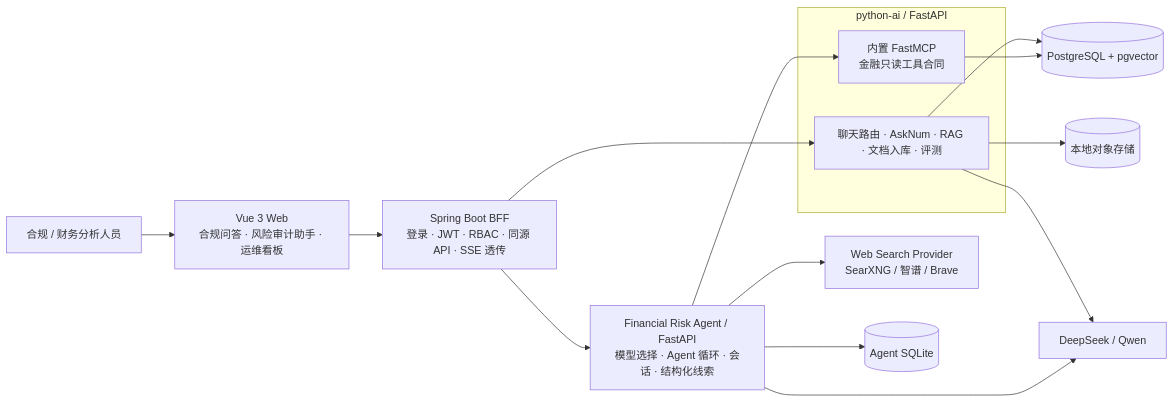
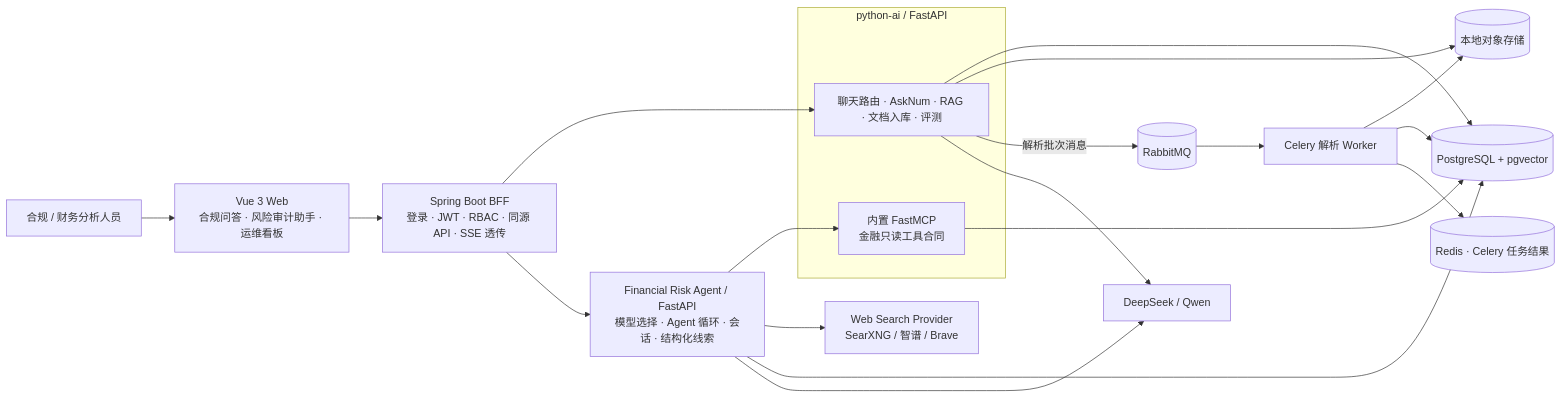
One commit to WWBQ/regops_copilot changed the first of 4 diagrams in docs/ARCHITECTURE.md. Above: the diagram before and after it, drawn with Mermaid. The commit also changed other lines of this file and 133 other files, not shown here.

````diff
--- a/docs/ARCHITECTURE.md
+++ b/docs/ARCHITECTURE.md
@@ -7,29 +7,36 @@
 ```mermaid
 flowchart LR
     USER[合规 / 财务分析人员]
     WEB[Vue 3 Web<br/>合规问答 · 风险审计助手 · 运维看板]
     JAVA[Spring Boot BFF<br/>登录 · JWT · RBAC · 同源 API · SSE 透传]
     subgraph PYAI[python-ai / FastAPI]
         PY[聊天路由 · AskNum · RAG · 文档入库 · 评测]
         MCP[内置 FastMCP<br/>金融只读工具合同]
     end
     AGENT[Financial Risk Agent / FastAPI<br/>模型选择 · Agent 循环 · 会话 · 结构化线索]
     SEARCH[Web Search Provider<br/>SearXNG / 智谱 / Brave]
     PG[(PostgreSQL + pgvector)]
-    SQLITE[(Agent SQLite)]
     OBJ[(本地对象存储)]
+    MQ[(RabbitMQ)]
+    WORKER[Celery 解析 Worker]
+    REDIS[(Redis · Celery 任务结果)]
     LLM[DeepSeek / Qwen]
 
     USER --> WEB
     WEB --> JAVA
     JAVA --> PY
     JAVA --> AGENT
     AGENT --> MCP
     AGENT --> SEARCH
     PY --> PG
     MCP --> PG
     PY --> OBJ
-    AGENT --> SQLITE
+    PY -->|解析批次消息| MQ
+    MQ --> WORKER
+    WORKER --> OBJ
+    WORKER --> PG
+    WORKER --> REDIS
+    AGENT --> PG
     PY --> LLM
     AGENT --> LLM
 ```
````
